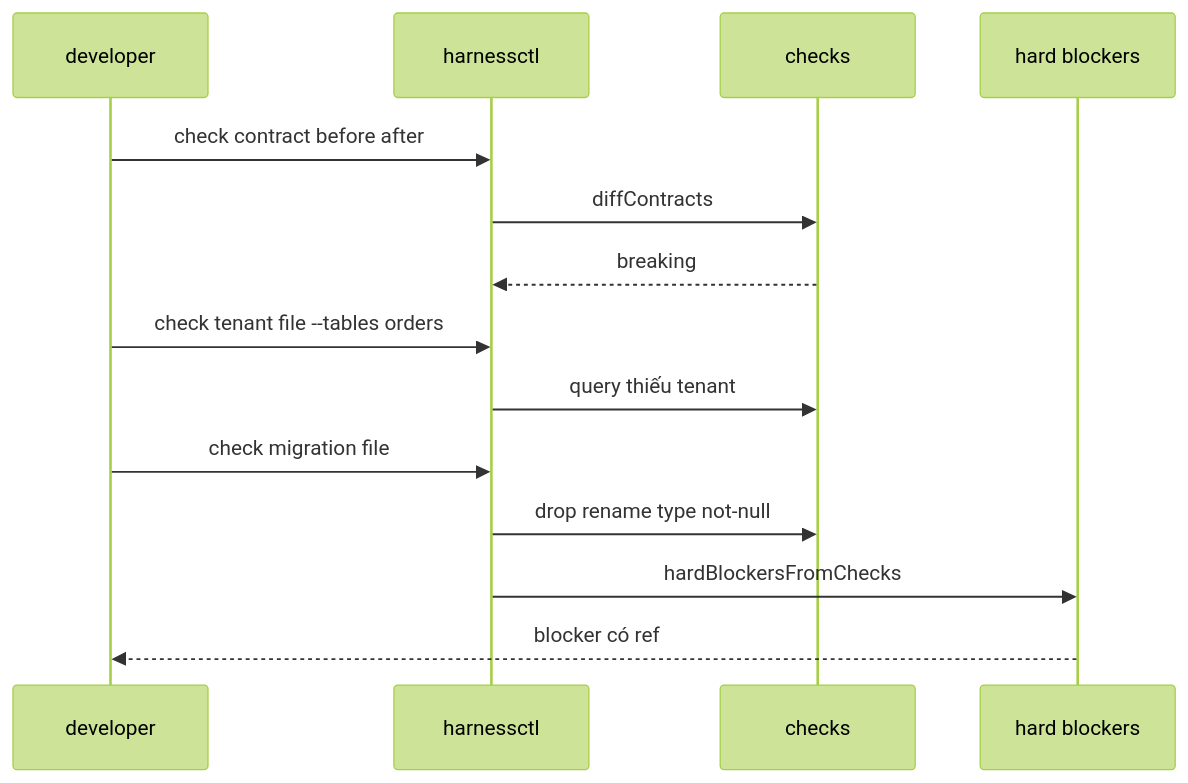
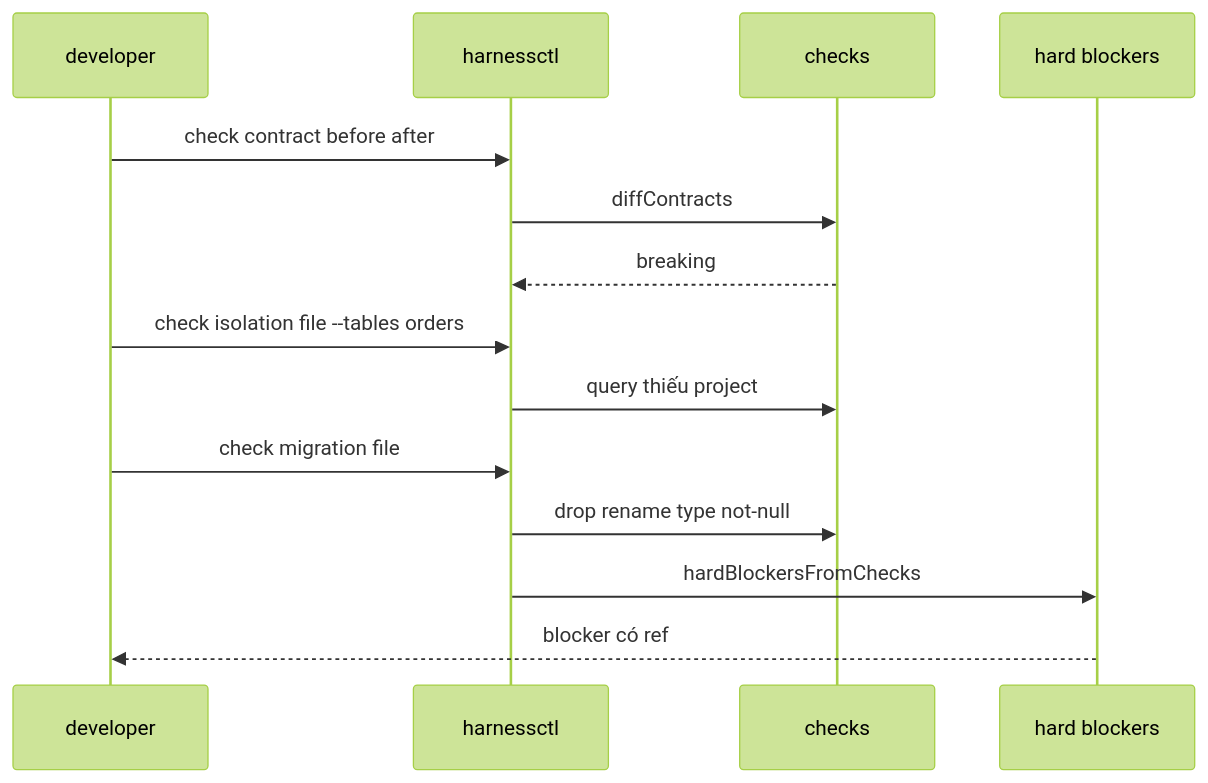
Before and after one commit to thangs2/harness-eso: the seventh of 8 diagrams in documents/07.how-it-works/02.workflows.md, drawn with Mermaid (forest theme). The commit also changed 125 other files, not shown here.

````diff
--- a/documents/07.how-it-works/02.workflows.md
+++ b/documents/07.how-it-works/02.workflows.md
@@ -165,18 +165,18 @@
 ```mermaid
 sequenceDiagram
     participant Dev as developer
     participant CLI as harnessctl
     participant Chk as checks
     participant Gate as hard blockers
 
     Dev->>CLI: check contract before after
     CLI->>Chk: diffContracts
     Chk-->>CLI: breaking
-    Dev->>CLI: check tenant file --tables orders
-    CLI->>Chk: query thiếu tenant
+    Dev->>CLI: check isolation file --tables orders
+    CLI->>Chk: query thiếu project
     Dev->>CLI: check migration file
     CLI->>Chk: drop rename type not-null
     CLI->>Gate: hardBlockersFromChecks
     Gate-->>Dev: blocker có ref
 
 ```
````
